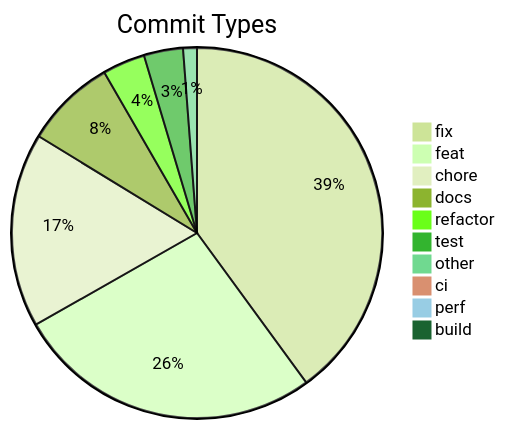
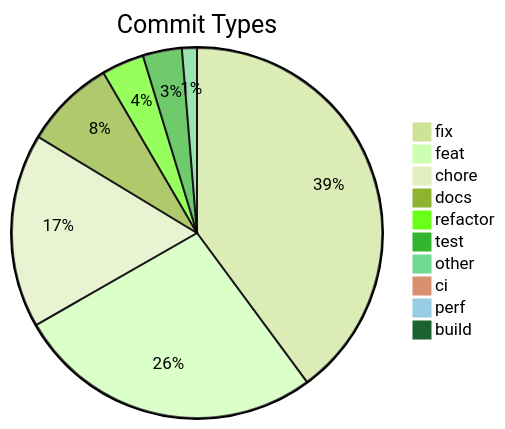
The diagram in .shipwright/compliance/change-history.md (svenroth-ai/shipwright-webui), drawn with Mermaid (forest theme) before and after one commit. The commit also changed other lines of this file and 23 other files, not shown here.

````diff
--- a/.shipwright/compliance/change-history.md
+++ b/.shipwright/compliance/change-history.md
@@ -10,13 +10,13 @@
 ```mermaid
 pie title Commit Types
     "fix" : 398
-    "feat" : 267
+    "feat" : 268
     "chore" : 169
     "docs" : 79
     "refactor" : 37
     "test" : 34
-    "other" : 12
+    "other" : 13
     "ci" : 8
     "perf" : 5
     "build" : 2
 ```
````
